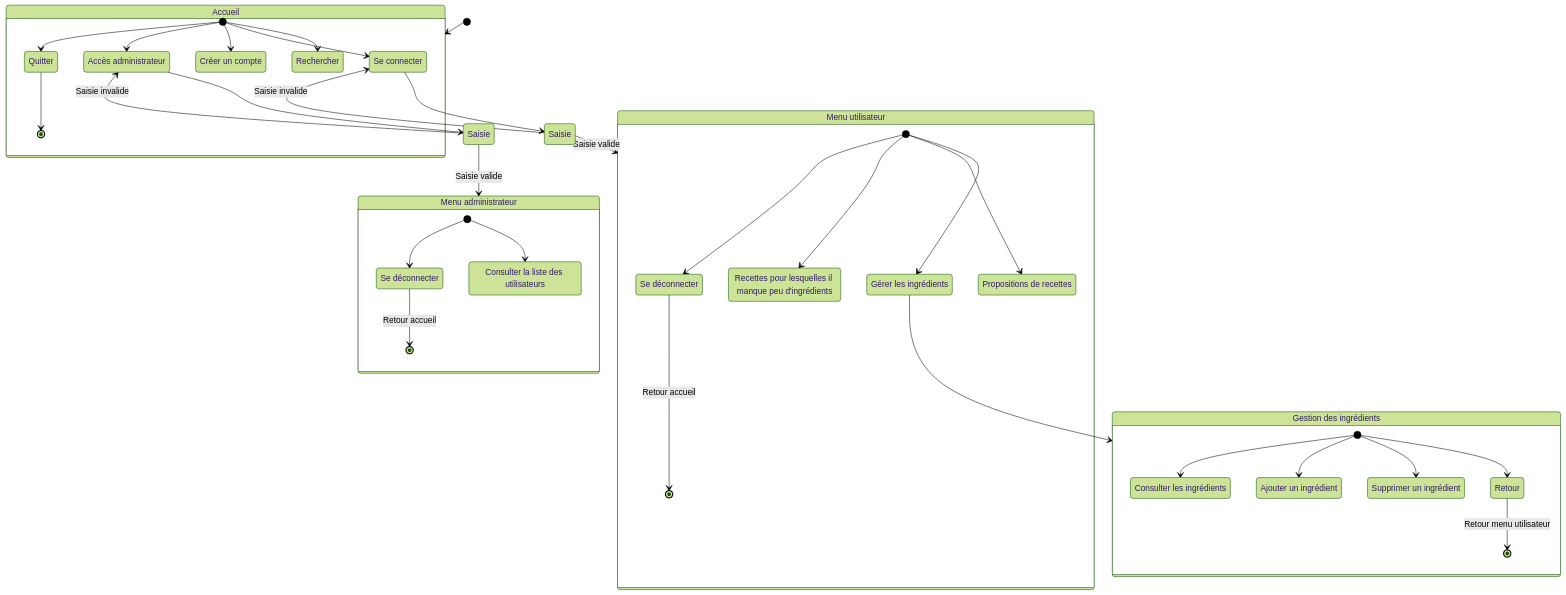
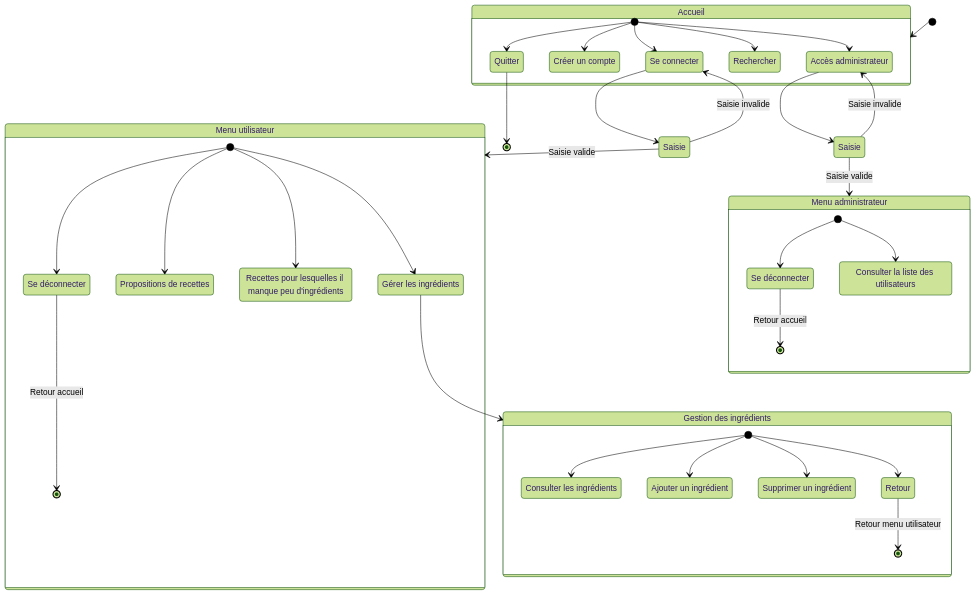
One commit to bbrunel/ENSAI-2A-projet-info changed the second of 8 diagrams in doc/diag_activites.md. Above: the diagram before and after it, drawn with Mermaid (forest theme).

Commit message:
modif global bis

````diff
--- a/doc/diag_activites.md
+++ b/doc/diag_activites.md
@@ -88,64 +88,65 @@
 ```mermaid
 stateDiagram
     login : Se connecter
     menu_utilisateur : Menu utilisateur
     menu_ingr : Gestion des ingrédients
     logon : Créer un compte
     gerer_ingr : Gérer les ingrédients
     Consulter_les_ingrédients : Consulter les ingrédients
     Ajouter_un_ingrédient : Ajouter un ingrédient
     Supprimer_un_ingrédient : Supprimer un ingrédient
     recettes : Propositions de recettes
     rec_ingr_manquant : Recettes pour lesquelles il manque peu d'ingrédients
     logout : Se déconnecter
     admin : Accès administrateur
     admin_out : Se déconnecter
     list_utilisateurs : Consulter la liste des utilisateurs
     menu_admin : Menu administrateur
     Saisie_a : Saisie
     Saisie_u : Saisie
     
     [*] --> Accueil
 
     state Accueil {
       [*] --> Rechercher
       [*] --> login
       [*] --> logon
       [*] --> admin
       [*] --> Quitter
-      Quitter --> [*]
     }
 
     login --> Saisie_u
     Saisie_u --> menu_utilisateur: Saisie valide
     Saisie_u --> login: Saisie invalide
 
     admin --> Saisie_a
     Saisie_a --> menu_admin: Saisie valide
     Saisie_a --> admin: Saisie invalide
+
+    Quitter --> [*]
 
     state menu_admin {
       [*] --> list_utilisateurs
       [*] --> admin_out
       admin_out --> [*]: Retour accueil
     }
     
     state menu_utilisateur {
     	[*] --> gerer_ingr
       [*] --> recettes
       [*] --> rec_ingr_manquant
     	[*] --> logout
       logout --> [*]:Retour accueil
     }
 
     gerer_ingr --> menu_ingr
 
     state menu_ingr {
       [*] --> Consulter_les_ingrédients
       [*] --> Ajouter_un_ingrédient
       [*] --> Supprimer_un_ingrédient
       [*] --> Retour
       Retour --> [*]: Retour menu utilisateur
         
     }
 ```
````
